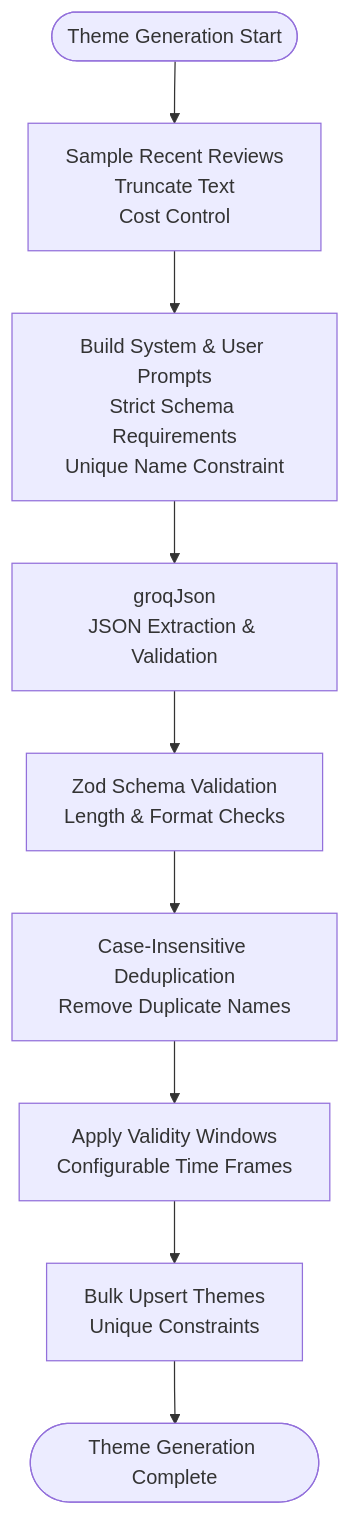
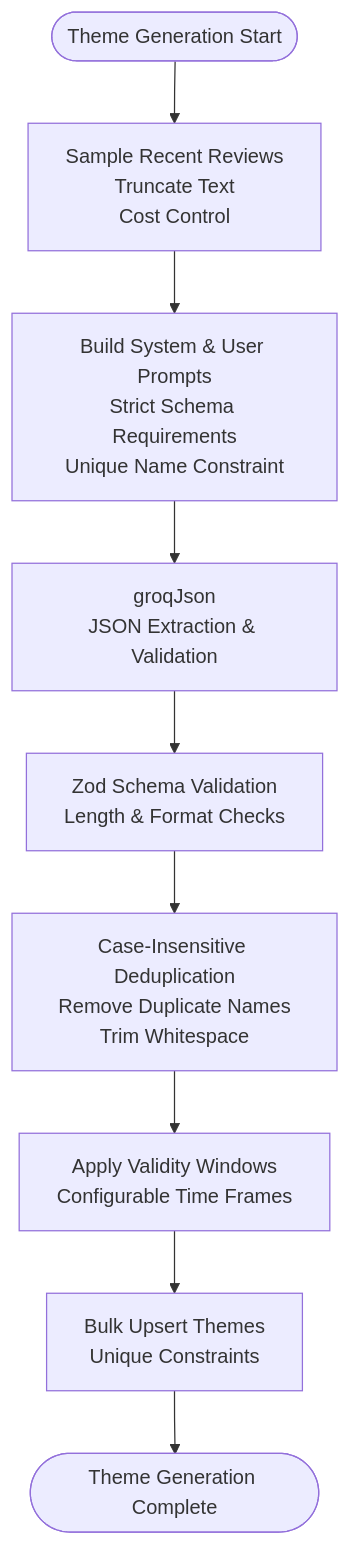
One commit to aravinthraj-ramalingam/Groww-App-Review-Insights-Analyzer- changed the third of 13 diagrams in .qoder/repowiki/en/content/Phase 2_ Advanced Analytics & Automation/Weekly Pulse Generation.md. Above: the diagram before and after it, drawn with Mermaid. The commit also changed other lines of this file and 4 other files, not shown here.

````diff
--- a/.qoder/repowiki/en/content/Phase 2_ Advanced Analytics & Automation/Weekly Pulse Generation.md
+++ b/.qoder/repowiki/en/content/Phase 2_ Advanced Analytics & Automation/Weekly Pulse Generation.md
@@ -235,11 +236,11 @@
 ```mermaid
 flowchart TD
 Start(["Theme Generation Start"]) --> Sample["Sample Recent Reviews<br/>Truncate Text<br/>Cost Control"]
 Sample --> Prompt["Build System & User Prompts<br/>Strict Schema Requirements<br/>Unique Name Constraint"]
 Prompt --> CallLLM["groqJson<br/>JSON Extraction & Validation"]
 CallLLM --> Parse["Zod Schema Validation<br/>Length & Format Checks"]
-Parse --> Dedup["Case-Insensitive Deduplication<br/>Remove Duplicate Names"]
+Parse --> Dedup["Case-Insensitive Deduplication<br/>Remove Duplicate Names<br/>Trim Whitespace"]
 Dedup --> Window["Apply Validity Windows<br/>Configurable Time Frames"]
 Window --> Upsert["Bulk Upsert Themes<br/>Unique Constraints"]
 Upsert --> End(["Theme Generation Complete"])
 ```
````
